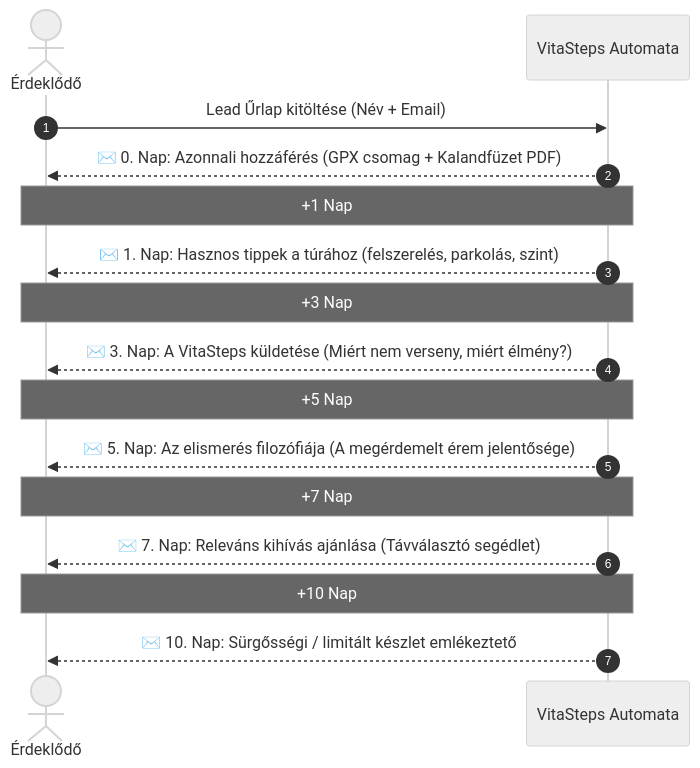
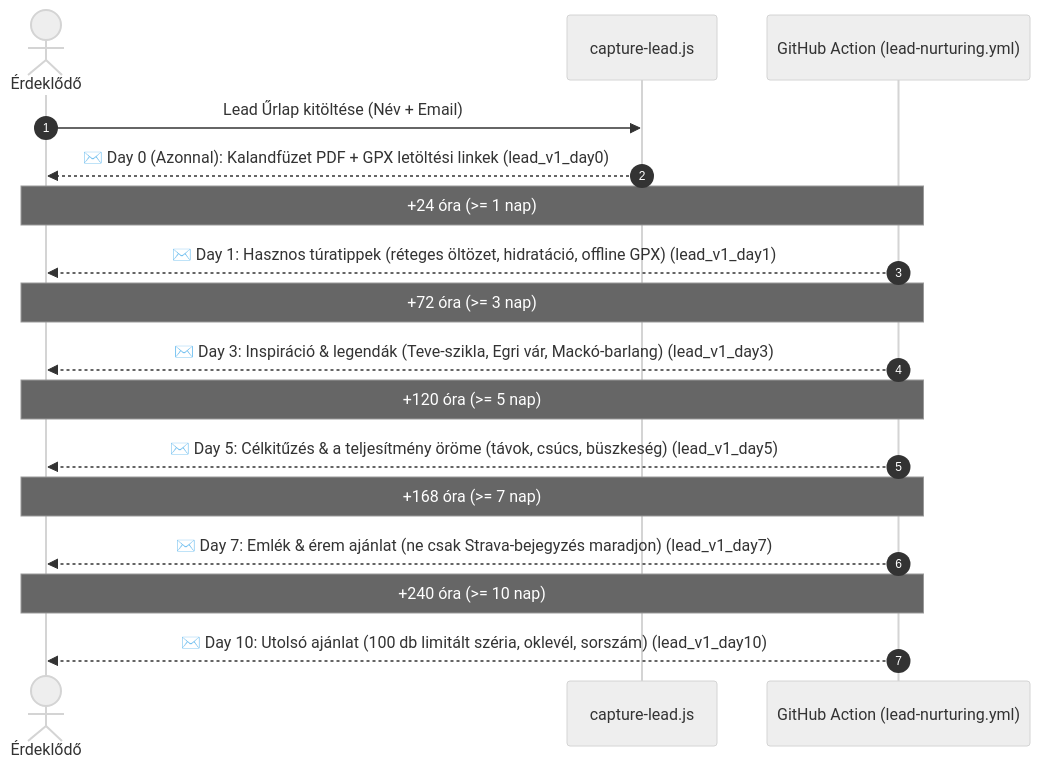
The diagram in VitaSteps/knowledge/processes/lead-nurturing-sequence.md (Admex666/other_projects), drawn with Mermaid (neutral theme) before and after one commit. The commit also changed other lines of this file and 19 other files, not shown here.

Commit message:
feat: implement lead nurturing sequence and automated test suite

````diff
--- a/VitaSteps/knowledge/processes/lead-nurturing-sequence.md
+++ b/VitaSteps/knowledge/processes/lead-nurturing-sequence.md
@@ -24,19 +24,20 @@
 ```mermaid
 sequenceDiagram
     autonumber
     actor User as Érdeklődő
-    participant Sys as VitaSteps Automata
+    participant Sys as capture-lead.js
+    participant Cron as GitHub Action (lead-nurturing.yml)
     
     User->>Sys: Lead Űrlap kitöltése (Név + Email)
-    Sys-->>User: ✉️ 0. Nap: Azonnali hozzáférés (GPX csomag + Kalandfüzet PDF)
-    Note over User,Sys: +1 Nap
-    Sys-->>User: ✉️ 1. Nap: Hasznos tippek a túrához (felszerelés, parkolás, szint)
-    Note over User,Sys: +3 Nap
-    Sys-->>User: ✉️ 3. Nap: A VitaSteps küldetése (Miért nem verseny, miért élmény?)
-    Note over User,Sys: +5 Nap
-    Sys-->>User: ✉️ 5. Nap: Az elismerés filozófiája (A megérdemelt érem jelentősége)
-    Note over User,Sys: +7 Nap
-    Sys-->>User: ✉️ 7. Nap: Releváns kihívás ajánlása (Távválasztó segédlet)
-    Note over User,Sys: +10 Nap
-    Sys-->>User: ✉️ 10. Nap: Sürgősségi / limitált készlet emlékeztető
+    Sys-->>User: ✉️ Day 0 (Azonnal): Kalandfüzet PDF + GPX letöltési linkek (lead_v1_day0)
+    Note over User,Cron: +24 óra (>= 1 nap)
+    Cron-->>User: ✉️ Day 1: Hasznos túratippek (réteges öltözet, hidratáció, offline GPX) (lead_v1_day1)
+    Note over User,Cron: +72 óra (>= 3 nap)
+    Cron-->>User: ✉️ Day 3: Inspiráció & legendák (Teve-szikla, Egri vár, Mackó-barlang) (lead_v1_day3)
+    Note over User,Cron: +120 óra (>= 5 nap)
+    Cron-->>User: ✉️ Day 5: Célkitűzés & a teljesítmény öröme (távok, csúcs, büszkeség) (lead_v1_day5)
+    Note over User,Cron: +168 óra (>= 7 nap)
+    Cron-->>User: ✉️ Day 7: Emlék & érem ajánlat (ne csak Strava-bejegyzés maradjon) (lead_v1_day7)
+    Note over User,Cron: +240 óra (>= 10 nap)
+    Cron-->>User: ✉️ Day 10: Utolsó ajánlat (100 db limitált széria, oklevél, sorszám) (lead_v1_day10)
 ```
````
